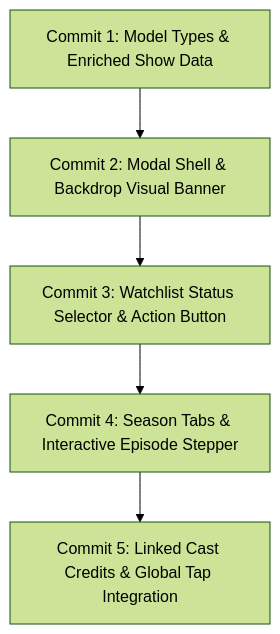
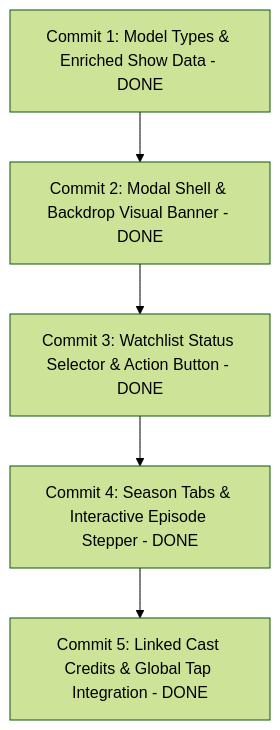
Before and after one commit to kavindu-rakn/Episoda: the diagram in plans/imp-3-show-details.md, drawn with Mermaid (forest theme). The commit also changed 6 other files, not shown here.

First line of the commit message:
feat(details): link cast carousel to shows and enable global show tap integration

````diff
--- a/plans/imp-3-show-details.md
+++ b/plans/imp-3-show-details.md
@@ -9,7 +9,7 @@
 ```mermaid
 graph TD
-    S1[Commit 1: Model Types & Enriched Show Data] --> S2[Commit 2: Modal Shell & Backdrop Visual Banner]
-    S2 --> S3[Commit 3: Watchlist Status Selector & Action Button]
-    S3 --> S4[Commit 4: Season Tabs & Interactive Episode Stepper]
-    S4 --> S5[Commit 5: Linked Cast Credits & Global Tap Integration]
+    S1[Commit 1: Model Types & Enriched Show Data - DONE] --> S2[Commit 2: Modal Shell & Backdrop Visual Banner - DONE]
+    S2 --> S3[Commit 3: Watchlist Status Selector & Action Button - DONE]
+    S3 --> S4[Commit 4: Season Tabs & Interactive Episode Stepper - DONE]
+    S4 --> S5[Commit 5: Linked Cast Credits & Global Tap Integration - DONE]
 ```
````
